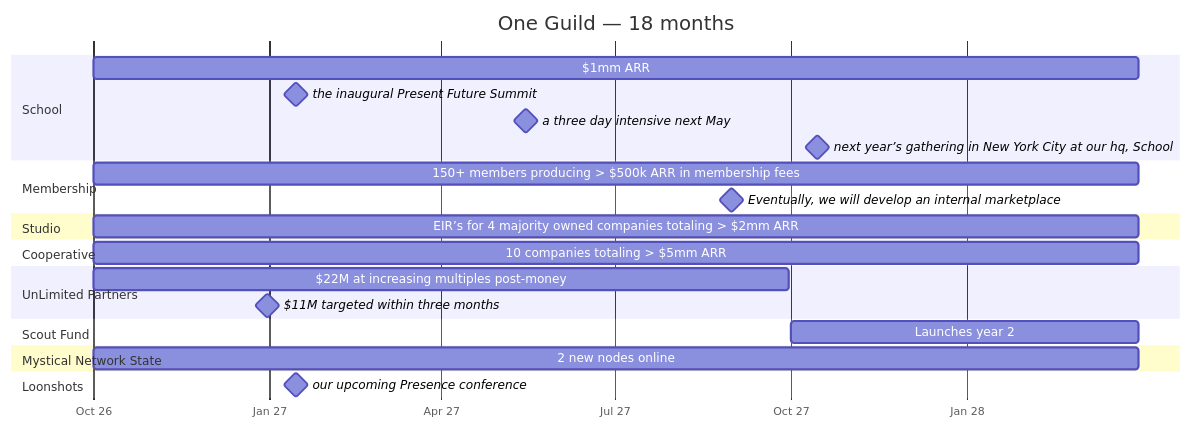
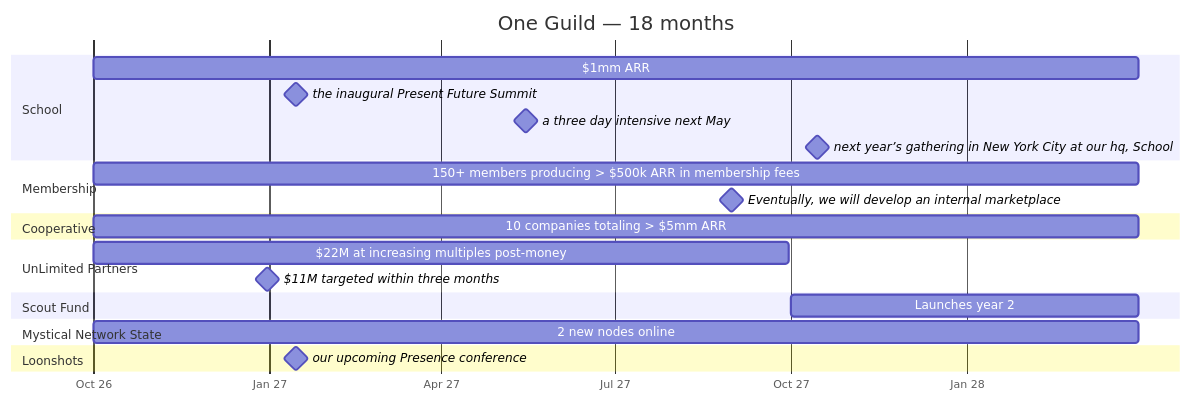
Before and after one commit to jameslbarnes/oneguild: the first of 7 diagrams in guild/ONE-GUILD.md, drawn with Mermaid. The commit also changed other lines of this file and 48 other files, not shown here.

````diff
--- a/guild/ONE-GUILD.md
+++ b/guild/ONE-GUILD.md
@@ -127,28 +136,26 @@
 ```mermaid
 gantt
   title One Guild — 18 months
   dateFormat YYYY-MM-DD
   axisFormat %b %y
   todayMarker stroke-width:2px,stroke:#d33
   section School
     $1mm ARR :2026-10-01, 2028-03-31
     the inaugural Present Future Summit :milestone, 2027-01-15, 0d
     a three day intensive next May :milestone, 2027-05-15, 0d
     next year’s gathering in New York City at our hq, School :milestone, 2027-10-15, 0d
   section Membership
     150+ members producing > $500k ARR in membership fees :2026-10-01, 2028-03-31
     Eventually, we will develop an internal marketplace :milestone, 2027-08-31, 0d
-  section Studio
-    EIR’s for 4 majority owned companies totaling > $2mm ARR :2026-10-01, 2028-03-31
   section Cooperative
     10 companies totaling > $5mm ARR :2026-10-01, 2028-03-31
   section UnLimited Partners
     $22M at increasing multiples post-money :2026-10-01, 2027-09-30
     $11M targeted within three months :milestone, 2026-12-31, 0d
   section Scout Fund
     Launches year 2 :2027-10-01, 2028-03-31
   section Mystical Network State
     2 new nodes online :2026-10-01, 2028-03-31
   section Loonshots
     our upcoming Presence conference :milestone, 2027-01-15, 0d
 ```
````
